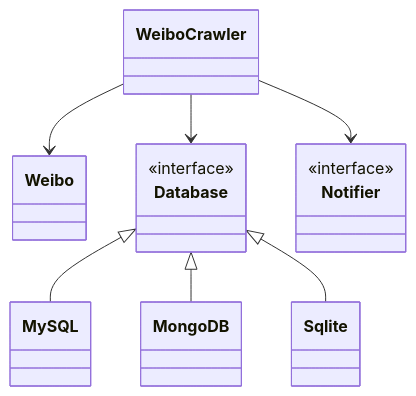
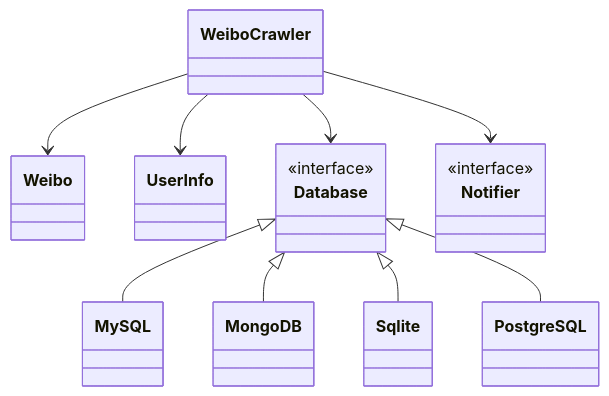
One commit to Weydon-Ding/weibo-crawler changed the diagram in docs/classDiagram.md. Above: the diagram before and after it, drawn with Mermaid. The commit also changed 3 other files, not shown here.

````diff
--- a/docs/classDiagram.md
+++ b/docs/classDiagram.md
@@ -1,17 +1,21 @@
 ```mermaid
 classDiagram
 class WeiboCrawler
 class Weibo
+class UserInfo
 class Database {<<interface>>}
 class Notifier {<<interface>>}
 class MySQL
 Class MongoDB
 class Sqlite
+class PostgreSQL
 
 WeiboCrawler --> Weibo
+WeiboCrawler --> UserInfo
 WeiboCrawler --> Database
 WeiboCrawler --> Notifier
 Database <|-- MySQL
 Database <|-- MongoDB
 Database <|-- Sqlite
+Database <|-- PostgreSQL
 ```
````
